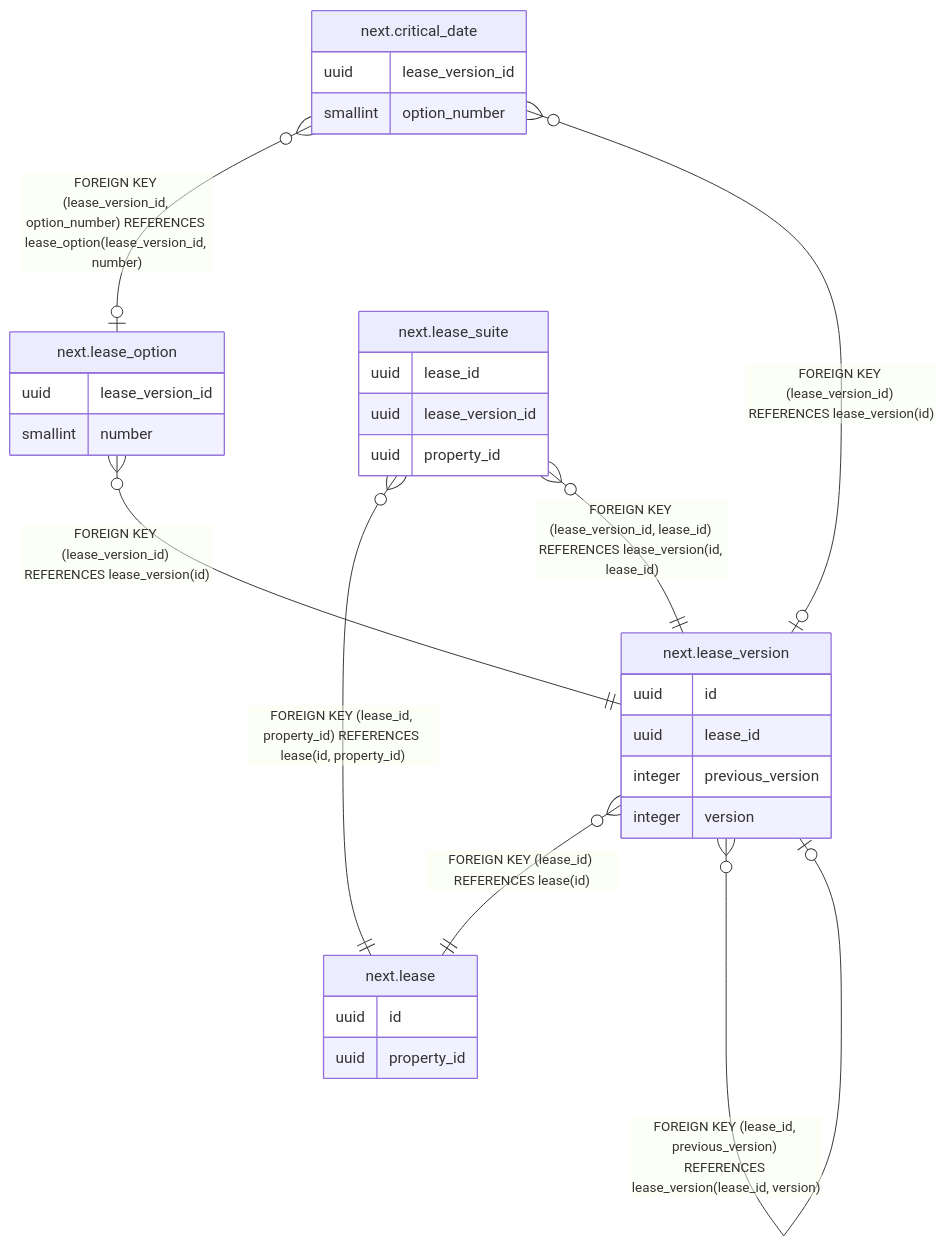
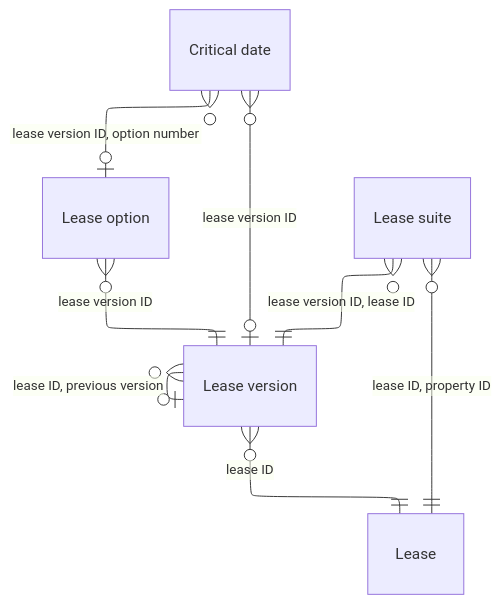
One commit to DoctorCRE/doctorcre-engine changed the diagram in docs/database/tables/viewpoint-leases.md. Above: the diagram before and after it, drawn with Mermaid. The commit also changed other lines of this file and 29 other files, not shown here.

````diff
--- a/docs/database/tables/viewpoint-leases.md
+++ b/docs/database/tables/viewpoint-leases.md
@@ -19,35 +3,22 @@
 ```mermaid
+---
+config:
+  layout: elk
+  er:
+    nodeSpacing: 22
+    rankSpacing: 44
+---
 erDiagram
-
-"next.critical_date" }o--o| "next.lease_option" : "FOREIGN KEY (lease_version_id, option_number) REFERENCES lease_option(lease_version_id, number)"
-"next.critical_date" }o--o| "next.lease_version" : "FOREIGN KEY (lease_version_id) REFERENCES lease_version(id)"
-"next.lease_option" }o--|| "next.lease_version" : "FOREIGN KEY (lease_version_id) REFERENCES lease_version(id)"
-"next.lease_suite" }o--|| "next.lease" : "FOREIGN KEY (lease_id, property_id) REFERENCES lease(id, property_id)"
-"next.lease_suite" }o--|| "next.lease_version" : "FOREIGN KEY (lease_version_id, lease_id) REFERENCES lease_version(id, lease_id)"
-"next.lease_version" }o--|| "next.lease" : "FOREIGN KEY (lease_id) REFERENCES lease(id)"
-"next.lease_version" }o--o| "next.lease_version" : "FOREIGN KEY (lease_id, previous_version) REFERENCES lease_version(lease_id, version)"
-
-"next.critical_date" {
-  uuid lease_version_id
-  smallint option_number
-}
-"next.lease" {
-  uuid id
-  uuid property_id
-}
-"next.lease_option" {
-  uuid lease_version_id
-  smallint number
-}
-"next.lease_suite" {
-  uuid lease_id
-  uuid lease_version_id
-  uuid property_id
-}
-"next.lease_version" {
-  uuid id
-  uuid lease_id
-  integer previous_version
-  integer version
-}
+  "Critical date"
+  "Lease"
+  "Lease option"
+  "Lease suite"
+  "Lease version"
+  "Critical date" }o--o| "Lease option" : "lease version ID, option number"
+  "Critical date" }o--o| "Lease version" : "lease version ID"
+  "Lease option" }o--|| "Lease version" : "lease version ID"
+  "Lease suite" }o--|| "Lease" : "lease ID, property ID"
+  "Lease suite" }o--|| "Lease version" : "lease version ID, lease ID"
+  "Lease version" }o--|| "Lease" : "lease ID"
+  "Lease version" }o--o| "Lease version" : "lease ID, previous version"
 ```
````
